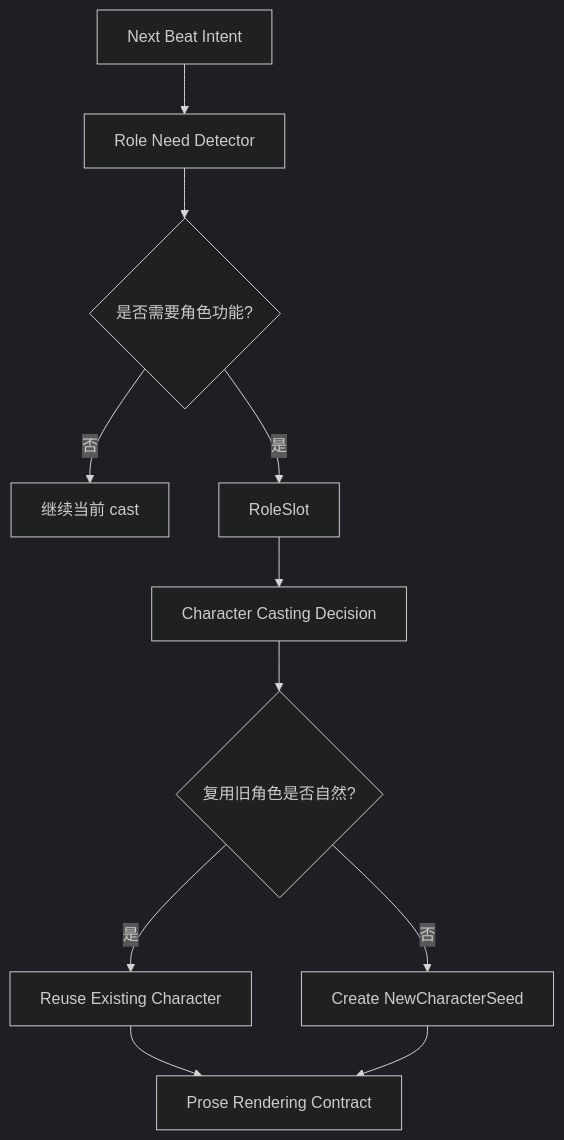
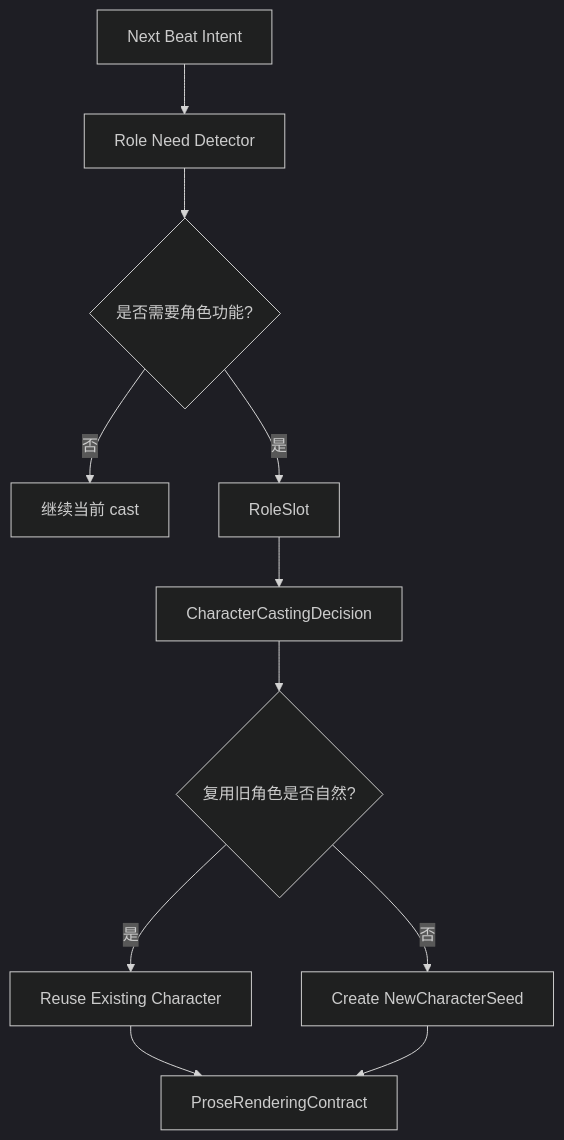
The first of 2 diagrams in goals/28-role-need-and-cast-expansion.md (FrankQDWang/sextantlabs), drawn with Mermaid (dark theme) before and after one commit. The commit also changed other lines of this file, not shown here.

````diff
--- a/goals/28-role-need-and-cast-expansion.md
+++ b/goals/28-role-need-and-cast-expansion.md
@@ -26,13 +26,13 @@
 ```mermaid
 flowchart TD
     A[Next Beat Intent] --> B[Role Need Detector]
     B --> C{是否需要角色功能?}
     C -->|否| D[继续当前 cast]
     C -->|是| E[RoleSlot]
-    E --> F[Character Casting Decision]
+    E --> F[CharacterCastingDecision]
     F --> G{复用旧角色是否自然?}
     G -->|是| H[Reuse Existing Character]
     G -->|否| I[Create NewCharacterSeed]
-    H --> J[Prose Rendering Contract]
+    H --> J[ProseRenderingContract]
     I --> J
 ```
````
